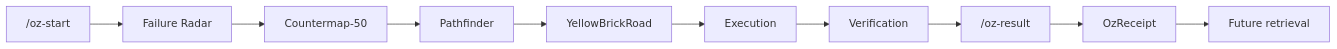
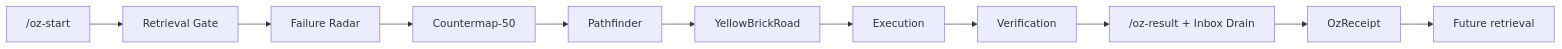
Before and after one commit to cipherholdingsllc/oz-skilltree: the diagram in wiki/Maps/OzSkillTree-Map.md, drawn with Mermaid. The commit also changed other lines of this file and 45 other files, not shown here.

````diff
--- a/wiki/Maps/OzSkillTree-Map.md
+++ b/wiki/Maps/OzSkillTree-Map.md
@@ -3,12 +3,13 @@
 ```mermaid
 flowchart LR
-    A["/oz-start"] --> B["Failure Radar"]
+    A["/oz-start"] --> R["Retrieval Gate"]
+    R --> B["Failure Radar"]
     B --> C["Countermap-50"]
     C --> D["Pathfinder"]
     D --> E["YellowBrickRoad"]
     E --> F["Execution"]
     F --> G["Verification"]
-    G --> H["/oz-result"]
+    G --> H["/oz-result + Inbox Drain"]
     H --> I["OzReceipt"]
     I --> J["Future retrieval"]
 ```
````
